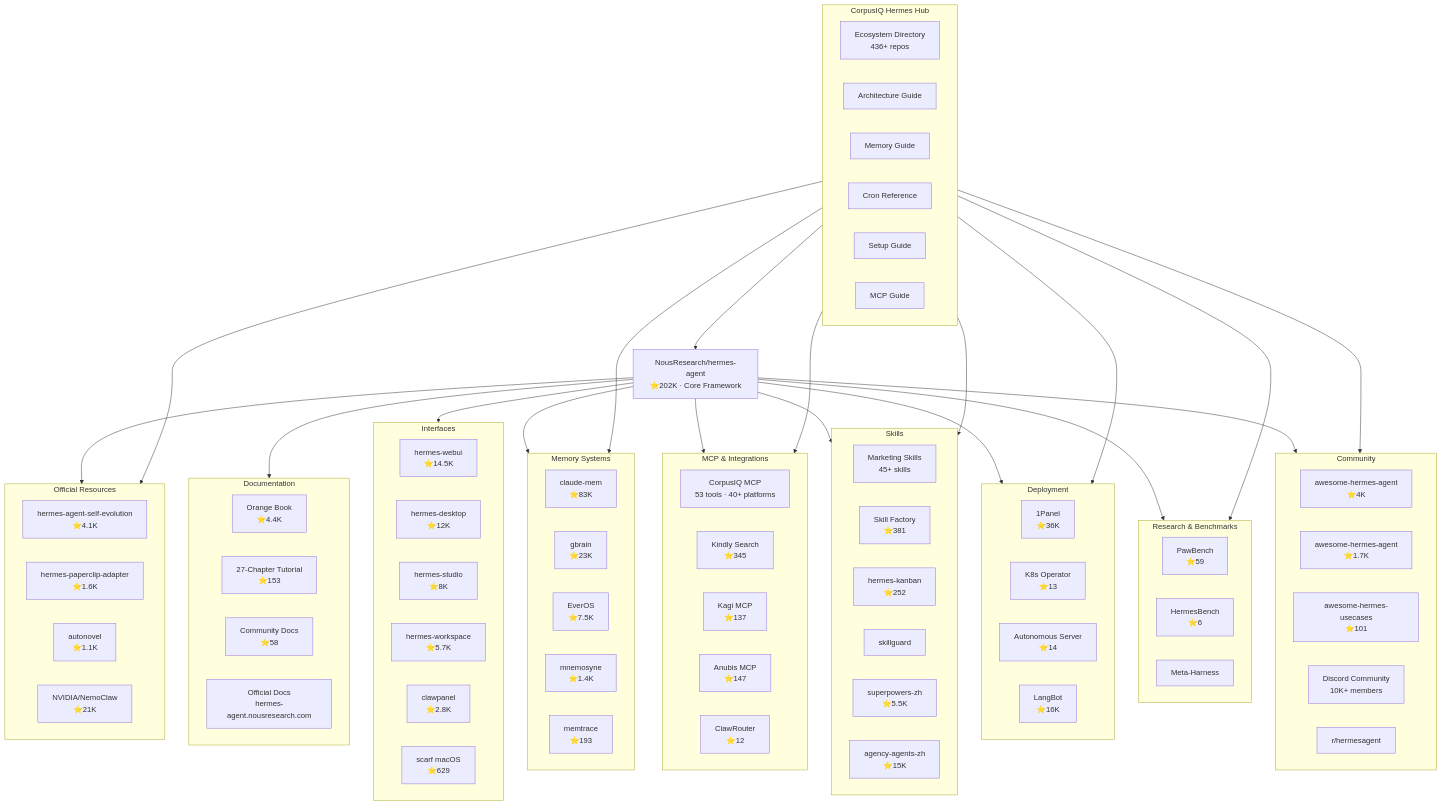
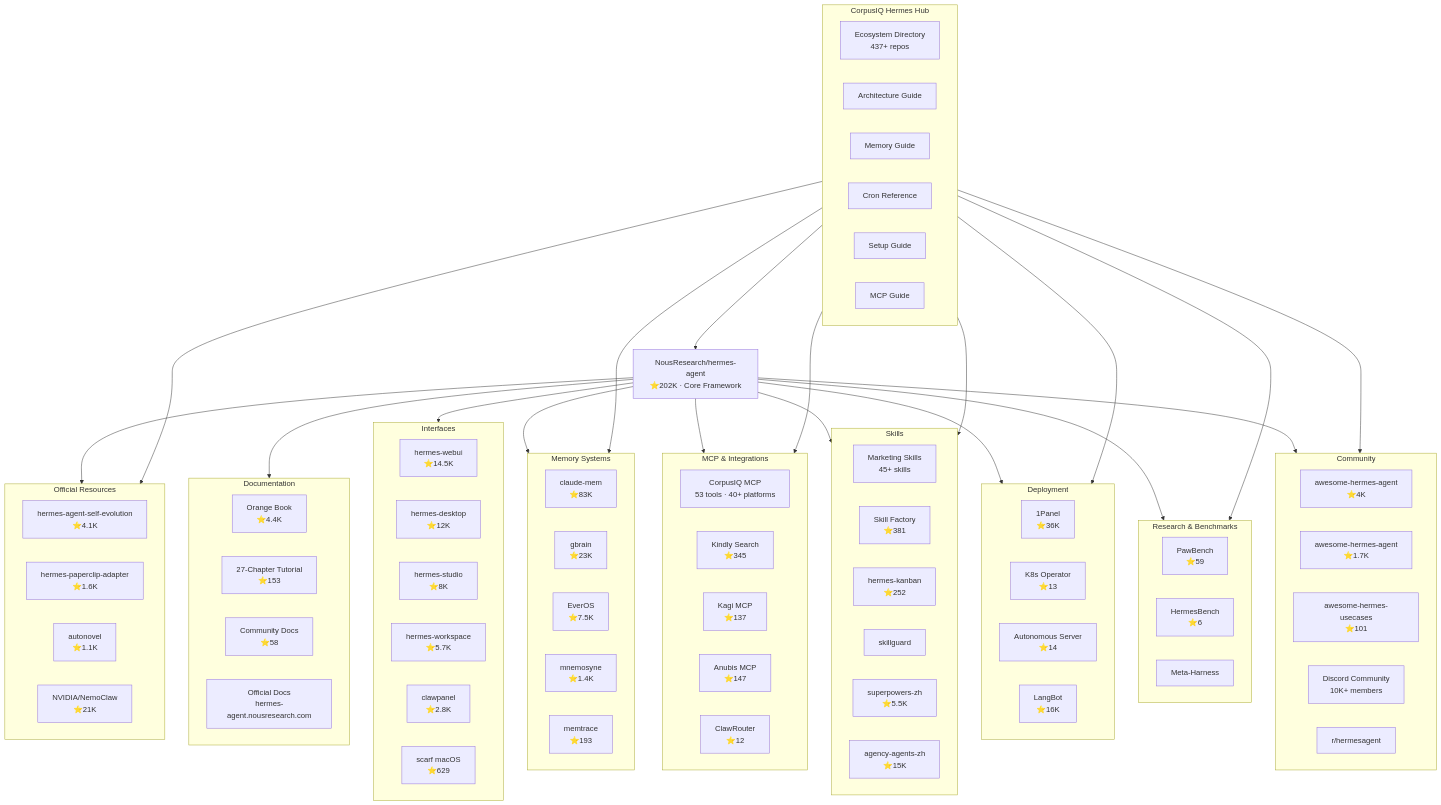
The first of 4 diagrams in hermes/ecosystem-map.md (CorpusIQ/corpusiq-docs), drawn with Mermaid before and after one commit. The commit also changed other lines of this file and 6 other files, not shown here.

```diff
--- a/hermes/ecosystem-map.md
+++ b/hermes/ecosystem-map.md
@@ -88,7 +88,7 @@
     end
 
     subgraph CORPUSIQ_HUB[CorpusIQ Hermes Hub]
-        ECOSYSTEM[Ecosystem Directory<br/>436+ repos]
+        ECOSYSTEM[Ecosystem Directory<br/>437+ repos]
         ARCHITECTURE[Architecture Guide]
         KNOWLEDGE[Memory Guide]
         CRONS[Cron Reference]
```
